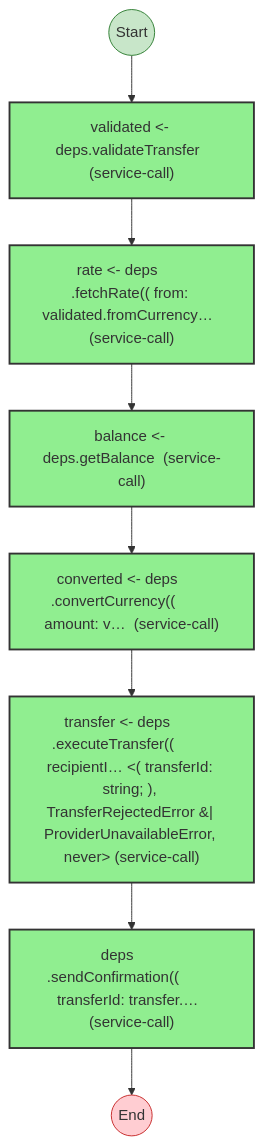
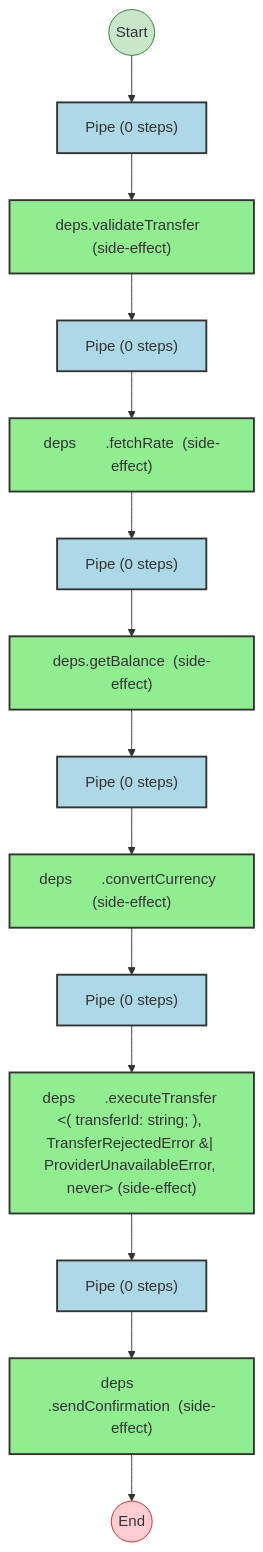
One commit to jagreehal/effect-analyzer changed the diagram in apps/docs/samples/observability-transfer/send-money-workflow.effect-analysis.md. Above: the diagram before and after it, drawn with Mermaid. The commit also changed other lines of this file and 95 other files, not shown here.

````diff
--- a/apps/docs/samples/observability-transfer/send-money-workflow.effect-analysis.md
+++ b/apps/docs/samples/observability-transfer/send-money-workflow.effect-analysis.md
@@ -11,37 +11,56 @@
 ```mermaid
 flowchart TB
 
   %% Program: createSendMoneyWorkflow
 
   start((Start))
   end_node((End))
 
-  n2["validated <- deps.validateTransfer <ValidatedTransfer, ValidationError, never> (service-call)"]
-  n3["rate <- deps       .fetchRate(( from: validated.fromCurrency… <ExchangeRate, RateUnavailableError, never> (service-call)"]
-  n4["balance <- deps.getBalance <number, never, never> (service-call)"]
-  n5["converted <- deps       .convertCurrency((         amount: v… <ConvertedAmount, InsufficientFundsError, never> (service-call)"]
-  n6["transfer <- deps       .executeTransfer((         recipientI… <( transferId: string; ), TransferRejectedError &#124; ProviderUnavailableError, never> (service-call)"]
-  n7["deps       .sendConfirmation((         transferId: transfer.… <void, ConfirmationFailedError, never> (service-call)"]
+  n2["Pipe (0 steps)"]
+  n3["deps.validateTransfer <never, ValidationError, never> (side-effect)"]
+  n4["Pipe (0 steps)"]
+  n5["deps       .fetchRate <ExchangeRate, RateUnavailableError, never> (side-effect)"]
+  n6["Pipe (0 steps)"]
+  n7["deps.getBalance <number, never, never> (side-effect)"]
+  n8["Pipe (0 steps)"]
+  n9["deps       .convertCurrency <ConvertedAmount, InsufficientFundsError, never> (side-effect)"]
+  n10["Pipe (0 steps)"]
+  n11["deps       .executeTransfer <( transferId: string; ), TransferRejectedError &#124; ProviderUnavailableError, never> (side-effect)"]
+  n12["Pipe (0 steps)"]
+  n13["deps       .sendConfirmation <void, ConfirmationFailedError, never> (side-effect)"]
 
   %% Edges
   n2 --> n3
+  n4 --> n5
   n3 --> n4
-  n4 --> n5
+  n6 --> n7
   n5 --> n6
-  n6 --> n7
+  n8 --> n9
+  n7 --> n8
+  n10 --> n11
+  n9 --> n10
+  n12 --> n13
+  n11 --> n12
   start --> n2
-  n7 --> end_node
+  n13 --> end_node
 
   %% Styles
   classDef startStyle fill:#c8e6c9,stroke:#2e7d32
   classDef endStyle fill:#ffcdd2,stroke:#c62828
   classDef effectStyle fill:#90EE90,stroke:#333,stroke-width:2px
+  classDef pipeStyle fill:#ADD8E6,stroke:#333,stroke-width:2px
   class start startStyle
   class end_node endStyle
-  class n2 effectStyle
+  class n2 pipeStyle
   class n3 effectStyle
-  class n4 effectStyle
+  class n4 pipeStyle
   class n5 effectStyle
-  class n6 effectStyle
+  class n6 pipeStyle
   class n7 effectStyle
+  class n8 pipeStyle
+  class n9 effectStyle
+  class n10 pipeStyle
+  class n11 effectStyle
+  class n12 pipeStyle
+  class n13 effectStyle
 ```
````
